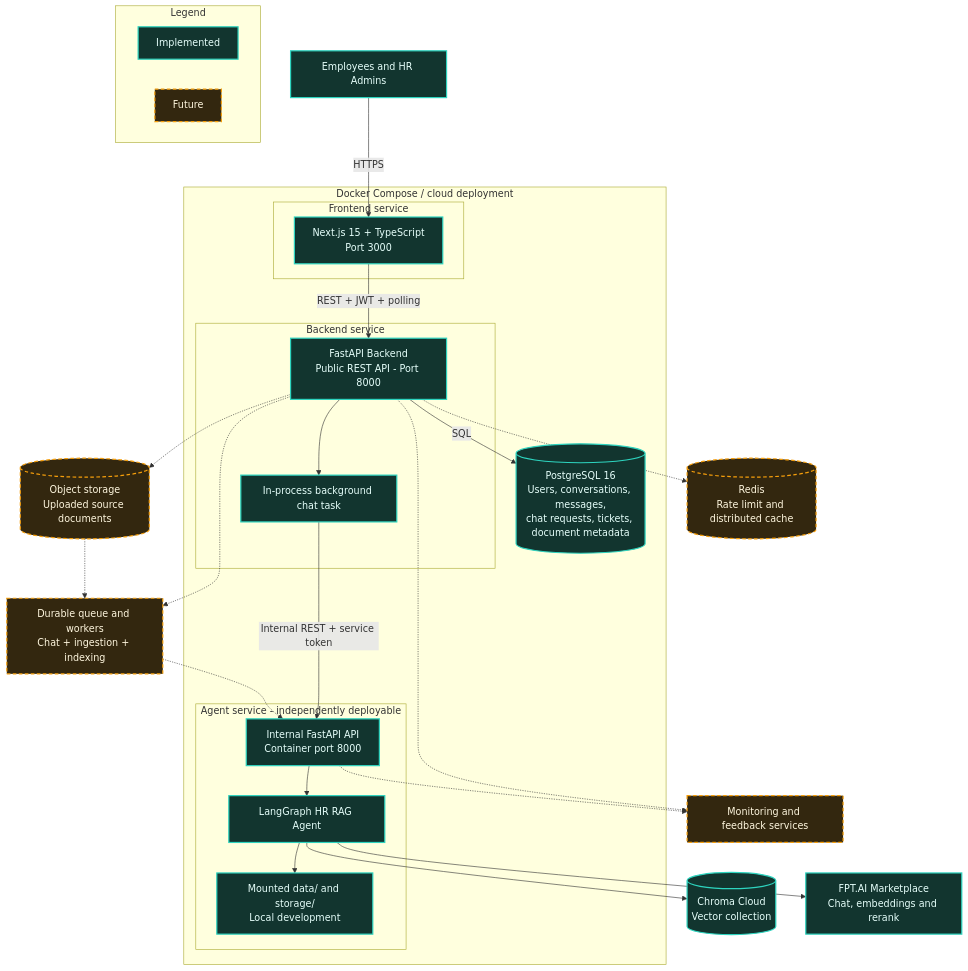
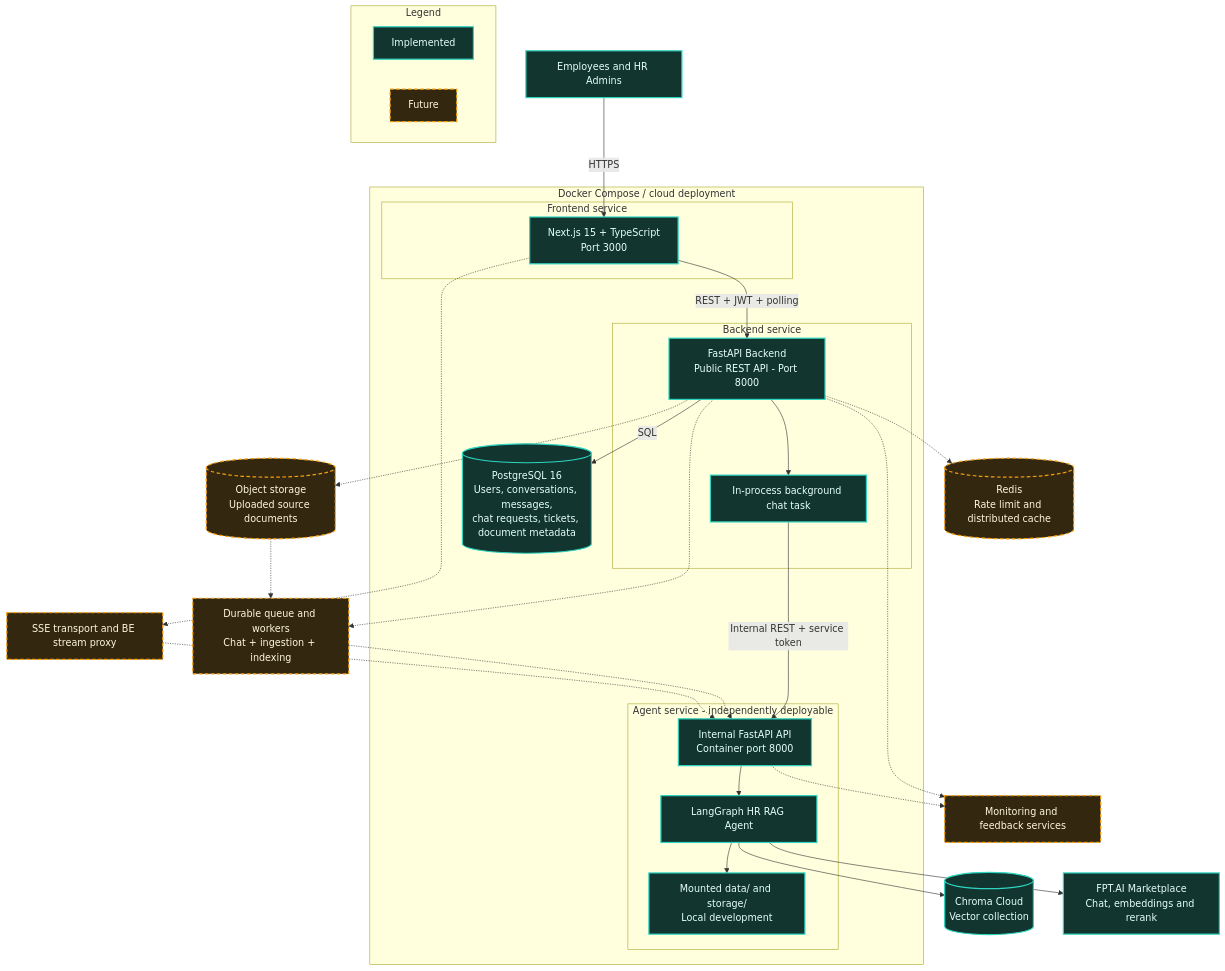
The diagram in docs/project/diagrams/deployment_diagram.mermaid (luongducthangDS/Enterprise-Document-Intelligence), drawn with Mermaid before and after one commit. The commit also changed 34 other files, not shown here.

```diff
--- a/docs/project/diagrams/deployment_diagram.mermaid
+++ b/docs/project/diagrams/deployment_diagram.mermaid
@@ -1,58 +1,61 @@
 %% Current Docker Compose topology. Dashed nodes and edges are future scope.
 flowchart TB
     subgraph LEGEND["Legend"]
         CURRENT["Implemented"]
         FUTURE["Future"]
     end
 
     USERS["Employees and HR Admins"]
 
     subgraph HOST["Docker Compose / cloud deployment"]
         subgraph FE_SERVICE["Frontend service"]
             NEXT["Next.js 15 + TypeScript\nPort 3000"]
         end
 
         subgraph BE_SERVICE["Backend service"]
             BE["FastAPI Backend\nPublic REST API - Port 8000"]
             BE_TASK["In-process background chat task"]
         end
 
         subgraph AGENT_SERVICE["Agent service - independently deployable"]
             AGENT_API["Internal FastAPI API\nContainer port 8000"]
             LANGGRAPH["LangGraph HR RAG Agent"]
             LOCAL_DATA["Mounted data/ and storage/\nLocal development"]
         end
 
         POSTGRES[("PostgreSQL 16\nUsers, conversations, messages,\nchat requests, tickets, document metadata")]
     end
 
     CHROMA[("Chroma Cloud\nVector collection")]
     FPT["FPT.AI Marketplace\nChat, embeddings and rerank"]
 
     OBJECT_STORE[("Object storage\nUploaded source documents")]
     QUEUE["Durable queue and workers\nChat + ingestion + indexing"]
     REDIS[("Redis\nRate limit and distributed cache")]
     OBS["Monitoring and feedback services"]
+    STREAM["SSE transport and BE stream proxy"]
 
     USERS -->|"HTTPS"| NEXT
     NEXT -->|"REST + JWT + polling"| BE
     BE -->|"SQL"| POSTGRES
     BE --> BE_TASK
     BE_TASK -->|"Internal REST + service token"| AGENT_API
     AGENT_API --> LANGGRAPH
     LANGGRAPH --> CHROMA
     LANGGRAPH --> FPT
     LANGGRAPH --> LOCAL_DATA
 
     BE -.-> OBJECT_STORE
     OBJECT_STORE -.-> QUEUE
     BE -.-> QUEUE
     QUEUE -.-> AGENT_API
     BE -.-> REDIS
     BE -.-> OBS
     AGENT_API -.-> OBS
+    NEXT -.-> STREAM
+    STREAM -.-> AGENT_API
 
     classDef current fill:#12352f,stroke:#2dd4bf,stroke-width:2px,color:#e6fffb;
     classDef future fill:#33270f,stroke:#f59e0b,stroke-width:2px,color:#fff7df,stroke-dasharray:6 4;
     class USERS,NEXT,BE,BE_TASK,AGENT_API,LANGGRAPH,LOCAL_DATA,POSTGRES,CHROMA,FPT,CURRENT current;
-    class OBJECT_STORE,QUEUE,REDIS,OBS,FUTURE future;
+    class OBJECT_STORE,QUEUE,REDIS,OBS,STREAM,FUTURE future;
```
